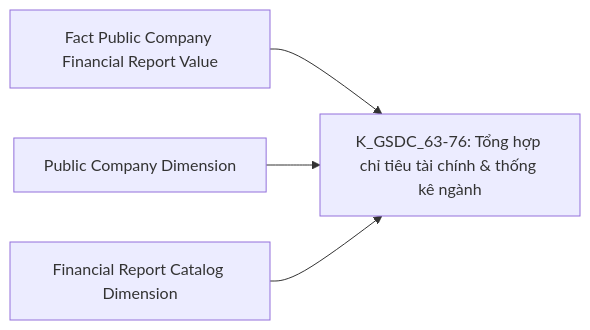
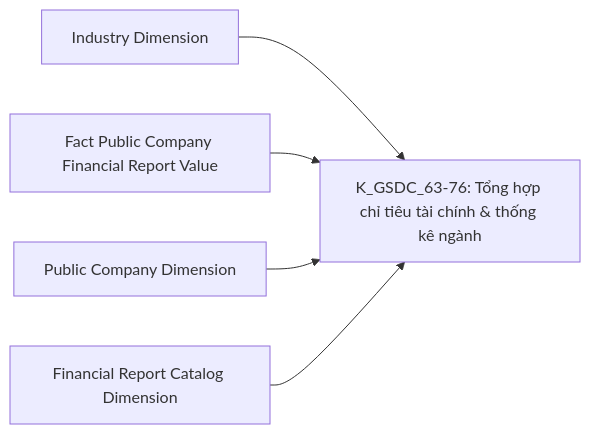
Before and after one commit to linhlvit/ubck_atomic_design: diagram 28 of 56 in Datamart/hld/DTM_GSDC_HLD.md, drawn with Mermaid. The commit also changed other lines of this file and 10 other files, not shown here.

````diff
--- a/Datamart/hld/DTM_GSDC_HLD.md
+++ b/Datamart/hld/DTM_GSDC_HLD.md
@@ -1223,6 +1261,7 @@
 ```mermaid
 flowchart LR
-    fct_pc_fr_val_g8["Fact Public Company Financial Report Value"] --> R8["K_GSDC_63-76: Tổng hợp chỉ tiêu tài chính & thống kê ngành"]
+    industry_dim_g8["Industry Dimension"] --> R8["K_GSDC_63-76: Tổng hợp chỉ tiêu tài chính & thống kê ngành"]
+    fct_pc_fr_val_g8["Fact Public Company Financial Report Value"] --> R8
     public_company_dim_g8["Public Company Dimension"] --> R8
     financial_rpt_catalog_dim_g8["Financial Report Catalog Dimension"] --> R8
 ```
````
